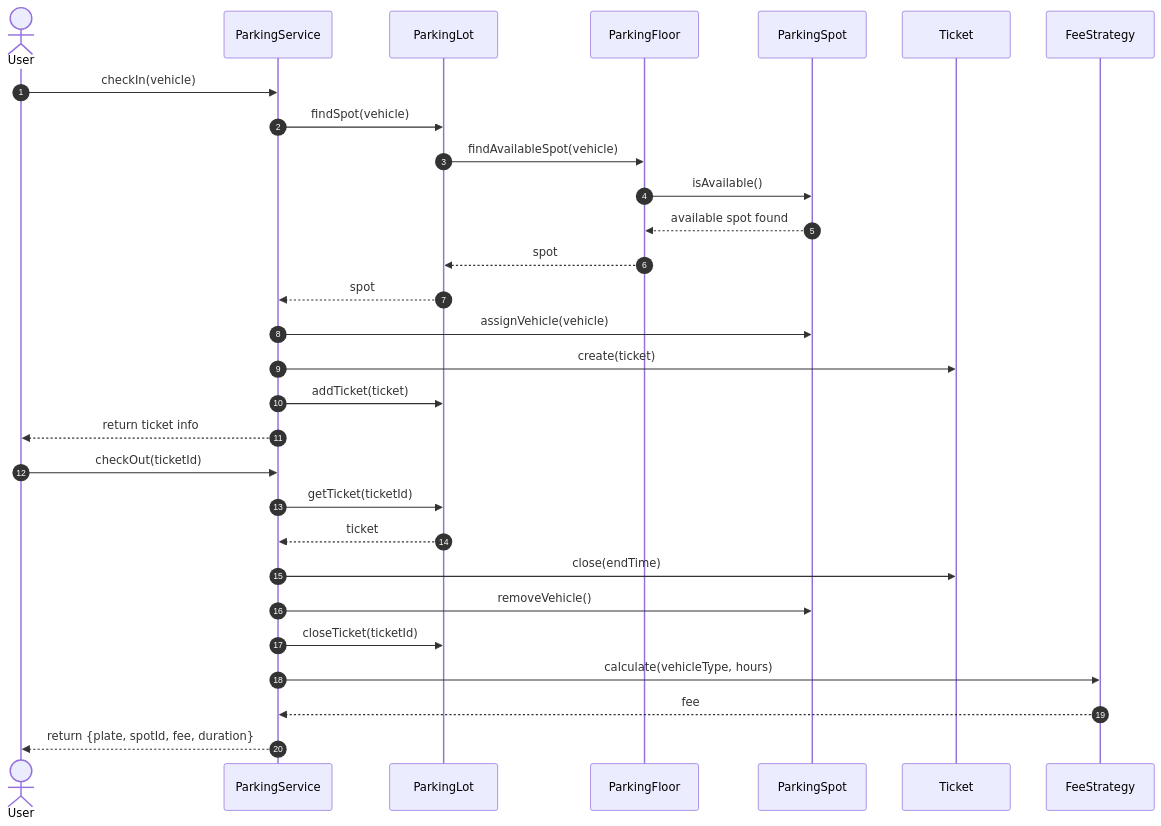
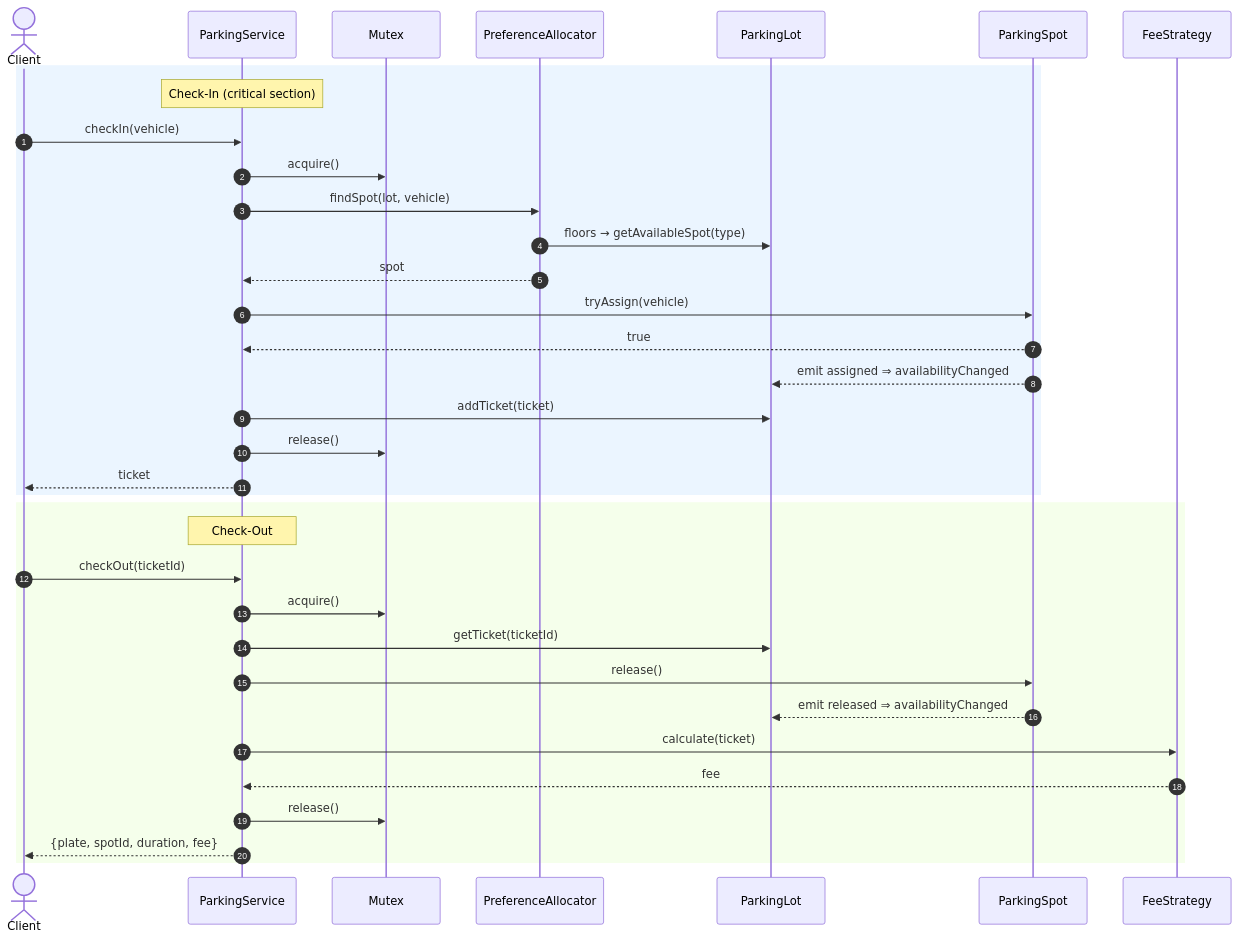
The second of 3 diagrams in ReadMe.md (geopjinfo/parking-lot-lld), drawn with Mermaid before and after one commit. The commit also changed other lines of this file and 26 other files, not shown here.

First line of the commit message:
Refactor parking system to support multiple vehicle types and improve allocation logic

````diff
--- a/ReadMe.md
+++ b/ReadMe.md
@@ -123,36 +185,39 @@
 ```mermaid
 sequenceDiagram
     autonumber
-    actor User
-    participant ParkingService
-    participant ParkingLot
-    participant ParkingFloor
-    participant ParkingSpot
-    participant Ticket
-    participant FeeStrategy
+    actor Client
+    participant Svc as ParkingService
+    participant Mx as Mutex
+    participant Alloc as PreferenceAllocator
+    participant Lot as ParkingLot
+    participant Spot as ParkingSpot
+    participant Fee as FeeStrategy
 
-    %% =========== Check-In Flow ===========
-    User->>ParkingService: checkIn(vehicle)
-    ParkingService->>ParkingLot: findSpot(vehicle)
-    ParkingLot->>ParkingFloor: findAvailableSpot(vehicle)
-    ParkingFloor->>ParkingSpot: isAvailable()
-    ParkingSpot-->>ParkingFloor: available spot found
-    ParkingFloor-->>ParkingLot: spot
-    ParkingLot-->>ParkingService: spot
-    ParkingService->>ParkingSpot: assignVehicle(vehicle)
-    ParkingService->>Ticket: create(ticket)
-    ParkingService->>ParkingLot: addTicket(ticket)
-    ParkingService-->>User: return ticket info
+    rect rgb(235, 245, 255)
+    note over Svc: Check-In (critical section)
+    Client->>Svc: checkIn(vehicle)
+    Svc->>Mx: acquire()
+    Svc->>Alloc: findSpot(lot, vehicle)
+    Alloc->>Lot: floors → getAvailableSpot(type)
+    Alloc-->>Svc: spot
+    Svc->>Spot: tryAssign(vehicle)
+    Spot-->>Svc: true
+    Spot-->>Lot: emit assigned ⇒ availabilityChanged
+    Svc->>Lot: addTicket(ticket)
+    Svc->>Mx: release()
+    Svc-->>Client: ticket
+    end
 
-    %% =========== Check-Out Flow ===========
-    User->>ParkingService: checkOut(ticketId)
-    ParkingService->>ParkingLot: getTicket(ticketId)
-    ParkingLot-->>ParkingService: ticket
-    ParkingService->>Ticket: close(endTime)
-    ParkingService->>ParkingSpot: removeVehicle()
-    ParkingService->>ParkingLot: closeTicket(ticketId)
-    ParkingService->>FeeStrategy: calculate(vehicleType, hours)
-    FeeStrategy-->>ParkingService: fee
-    ParkingService-->>User: return {plate, spotId, fee, duration}
-
+    rect rgb(245, 255, 235)
+    note over Svc: Check-Out
+    Client->>Svc: checkOut(ticketId)
+    Svc->>Mx: acquire()
+    Svc->>Lot: getTicket(ticketId)
+    Svc->>Spot: release()
+    Spot-->>Lot: emit released ⇒ availabilityChanged
+    Svc->>Fee: calculate(ticket)
+    Fee-->>Svc: fee
+    Svc->>Mx: release()
+    Svc-->>Client: {plate, spotId, duration, fee}
+    end
 ```
````
